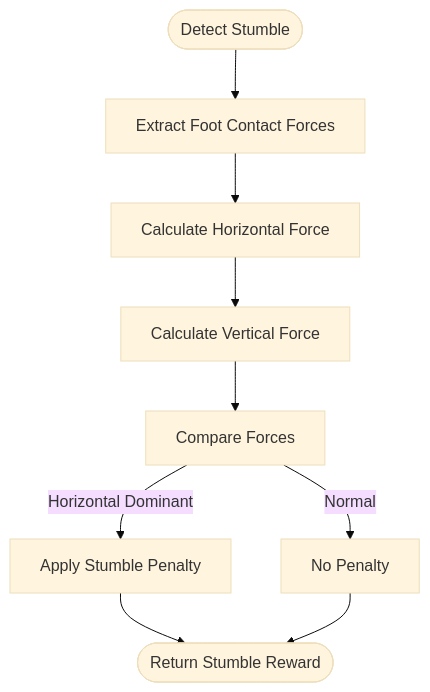
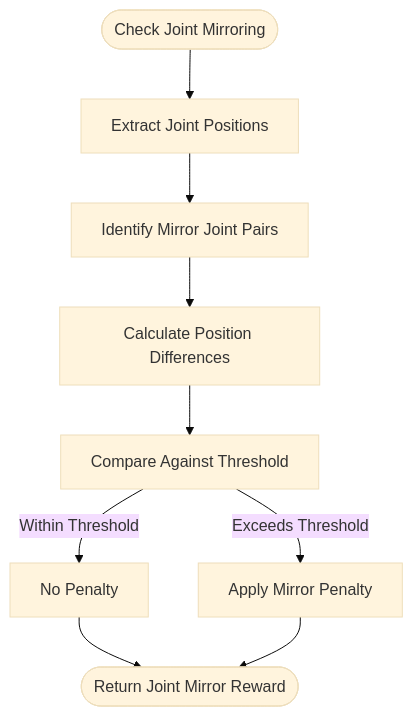
One commit to jayjayhust/robot_lab changed diagram 13 of 15 in .qoder/repowiki/en/content/Task Configuration Framework/Velocity-Based Locomotion Tasks/Parkour Navigation System.md. Above: the diagram before and after it, drawn with Mermaid (base theme). The commit also changed other lines of this file and 9 other files, not shown here.

````diff
--- a/.qoder/repowiki/en/content/Task Configuration Framework/Velocity-Based Locomotion Tasks/Parkour Navigation System.md
+++ b/.qoder/repowiki/en/content/Task Configuration Framework/Velocity-Based Locomotion Tasks/Parkour Navigation System.md
@@ -462,11 +577,11 @@
 ```mermaid
 flowchart TD
-Start([Detect Stumble]) --> GetFootForces[Extract Foot Contact Forces]
-GetFootForces --> CalcHorizForce[Calculate Horizontal Force]
-CalcHorizForce --> CalcVertForce[Calculate Vertical Force]
-CalcVertForce --> CompareForces[Compare Forces]
-CompareForces --> |Horizontal Dominant| Penalize[Apply Stumble Penalty]
-CompareForces --> |Normal| NoPenalty[No Penalty]
-Penalize --> End([Return Stumble Reward])
-NoPenalty --> End
+Start([Check Joint Mirroring]) --> GetJointPos[Extract Joint Positions]
+GetJointPos --> GetMirrorPairs[Identify Mirror Joint Pairs]
+GetMirrorPairs --> CalcDiff[Calculate Position Differences]
+CalcDiff --> CompareThreshold[Compare Against Threshold]
+CompareThreshold --> |Within Threshold| NoPenalty[No Penalty]
+CompareThreshold --> |Exceeds Threshold| ApplyPenalty[Apply Mirror Penalty]
+NoPenalty --> End([Return Joint Mirror Reward])
+ApplyPenalty --> End
 ```
````
